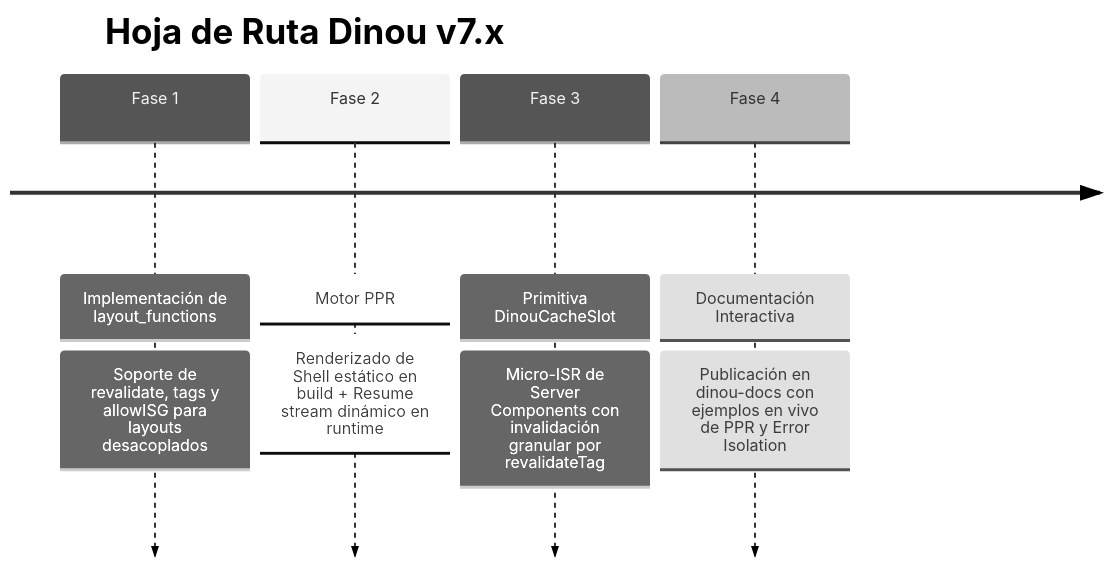
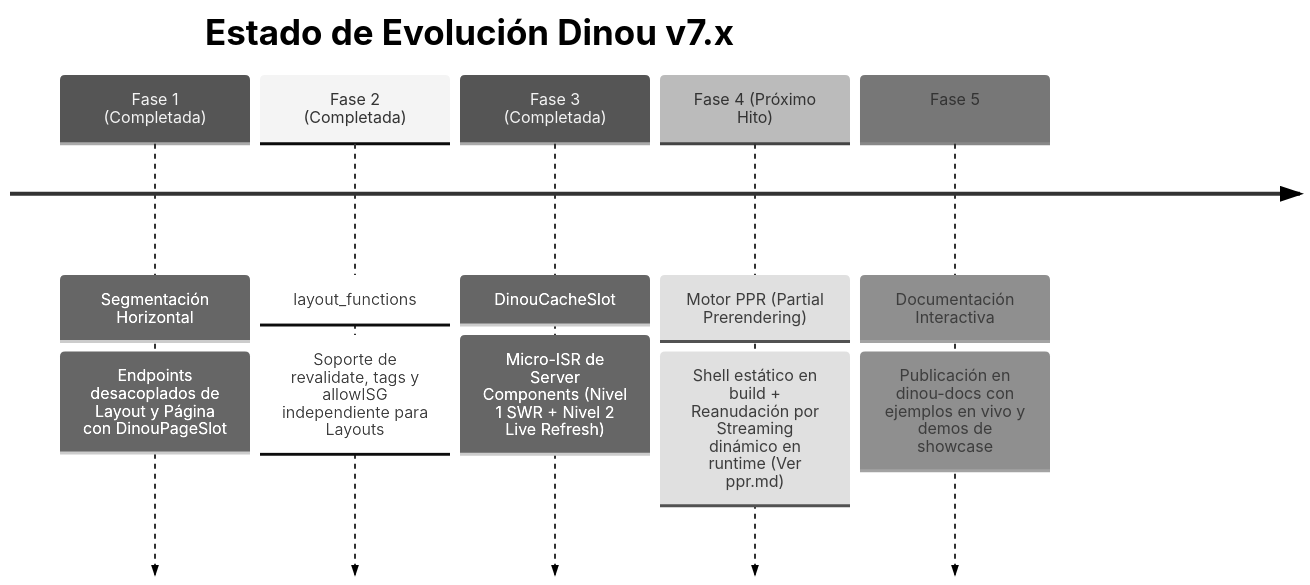
Before and after one commit to roggc/dinou-e2e: the second of 2 diagrams in docs.md, drawn with Mermaid (neutral theme). The commit also changed other lines of this file and 1 other file, not shown here.

````diff
--- a/docs.md
+++ b/docs.md
@@ -273,8 +221,9 @@
 ```mermaid
 timeline
-    title Hoja de Ruta Dinou v7.x
-    Fase 1 : Implementación de layout_functions : Soporte de revalidate, tags y allowISG para layouts desacoplados
-    Fase 2 : Motor PPR : Renderizado de Shell estático en build + Resume stream dinámico en runtime
-    Fase 3 : Primitiva DinouCacheSlot : Micro-ISR de Server Components con invalidación granular por revalidateTag
-    Fase 4 : Documentación Interactiva : Publicación en dinou-docs con ejemplos en vivo de PPR y Error Isolation
+    title Estado de Evolución Dinou v7.x
+    Fase 1 (Completada) : Segmentación Horizontal : Endpoints desacoplados de Layout y Página con DinouPageSlot
+    Fase 2 (Completada) : layout_functions : Soporte de revalidate, tags y allowISG independiente para Layouts
+    Fase 3 (Completada) : DinouCacheSlot : Micro-ISR de Server Components (Nivel 1 SWR + Nivel 2 Live Refresh)
+    Fase 4 (Próximo Hito) : Motor PPR (Partial Prerendering) : Shell estático en build + Reanudación por Streaming dinámico en runtime (Ver ppr.md)
+    Fase 5 : Documentación Interactiva : Publicación en dinou-docs con ejemplos en vivo y demos de showcase
 ```
````
